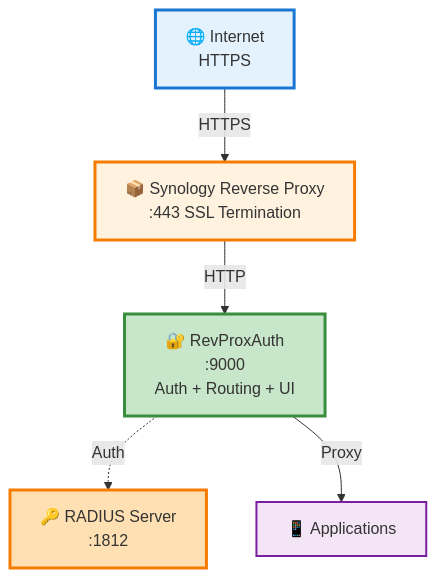
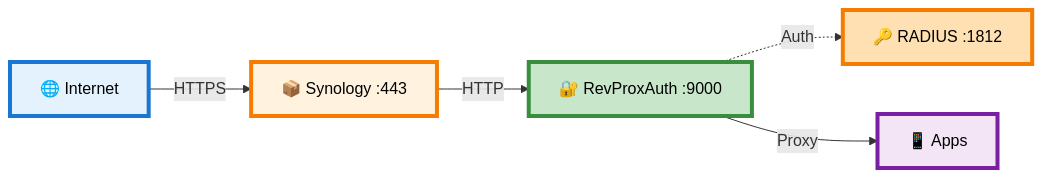
The first of 4 diagrams in README.md (okigan/revproxauth), drawn with Mermaid before and after one commit. The commit also changed other lines of this file, not shown here.

First line of the commit message:
Refactor README mermaid diagrams: switch to LR layout, simplify nodes & unify styling

````diff
--- a/README.md
+++ b/README.md
@@ -47,19 +47,19 @@
 ```mermaid
-graph TB
-    Internet["🌐 Internet<br/>HTTPS"]
-    Synology["📦 Synology Reverse Proxy<br/>:443 SSL Termination"]
-    RevProx["🔐 RevProxAuth<br/>:9000<br/>Auth + Routing + UI"]
-    RADIUS["🔑 RADIUS Server<br/>:1812"]
-    Apps["📱 Applications"]
+graph LR
+    A["🌐 Internet"] 
+    B["📦 Synology :443"]
+    C["🔐 RevProxAuth :9000"]
+    D["🔑 RADIUS :1812"]
+    E["📱 Apps"]
     
-    Internet -->|HTTPS| Synology
-    Synology -->|HTTP| RevProx
-    RevProx -.->|Auth| RADIUS
-    RevProx -->|Proxy| Apps
+    A -->|HTTPS| B
+    B -->|HTTP| C
+    C -.->|Auth| D
+    C -->|Proxy| E
     
-    style Internet fill:#e3f2fd,stroke:#1976d2,stroke-width:3px
-    style Synology fill:#fff3e0,stroke:#f57c00,stroke-width:3px
-    style RevProx fill:#c8e6c9,stroke:#388e3c,stroke-width:3px
-    style RADIUS fill:#ffe0b2,stroke:#f57c00,stroke-width:3px
-    style Apps fill:#f3e5f5,stroke:#7b1fa2,stroke-width:2px
+    style A fill:#e3f2fd,stroke:#1976d2,stroke-width:4px,color:#000
+    style B fill:#fff3e0,stroke:#f57c00,stroke-width:4px,color:#000
+    style C fill:#c8e6c9,stroke:#388e3c,stroke-width:4px,color:#000
+    style D fill:#ffe0b2,stroke:#f57c00,stroke-width:4px,color:#000
+    style E fill:#f3e5f5,stroke:#7b1fa2,stroke-width:4px,color:#000
 ```
````
